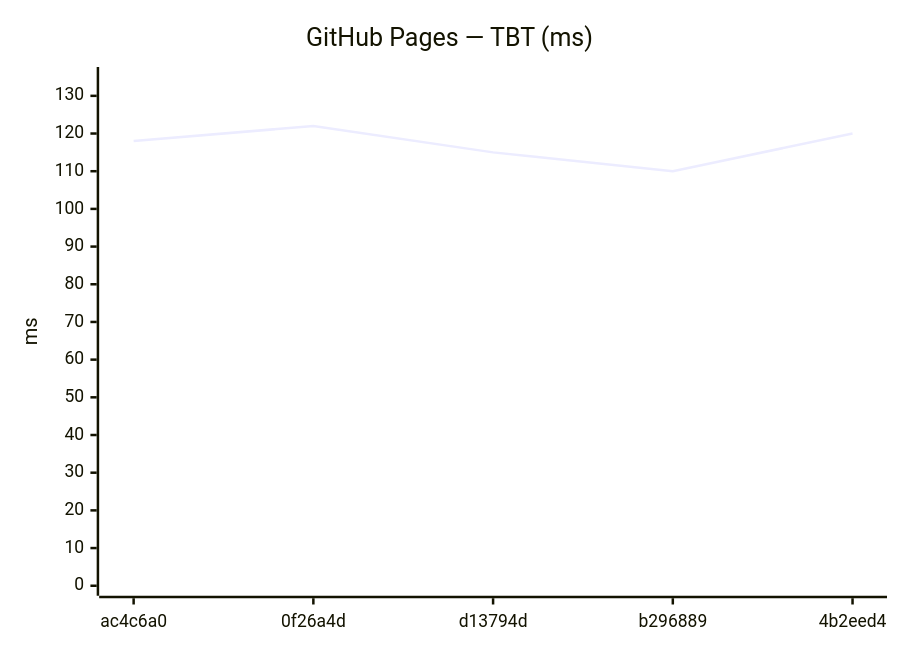
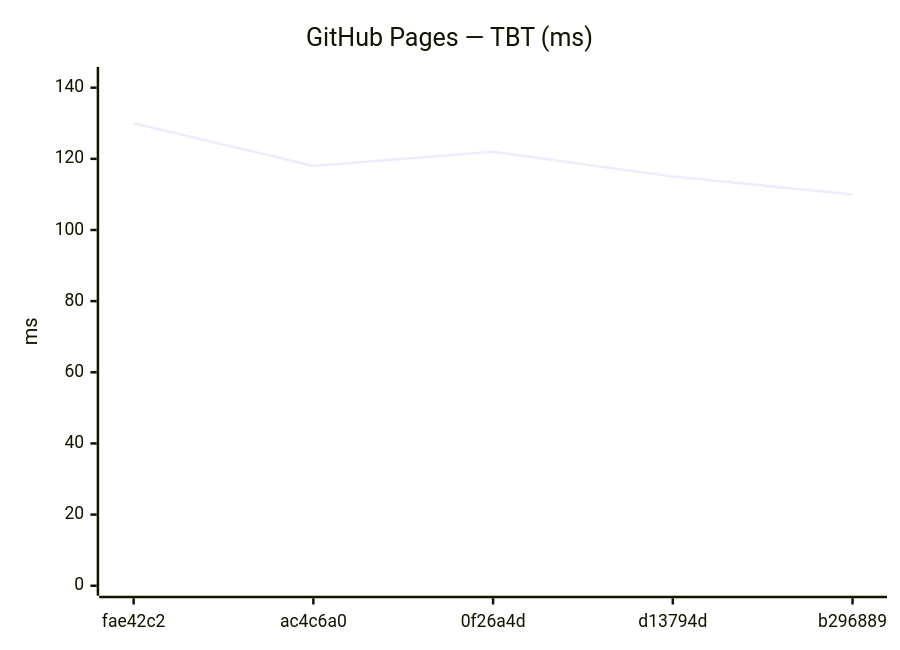
Before and after one commit to Metaheurist/Rianell: the tenth of 18 diagrams in benchmarks/compare.md, drawn with Mermaid. The commit also changed other lines of this file and 11 other files, not shown here.

````diff
--- a/benchmarks/compare.md
+++ b/benchmarks/compare.md
@@ -149,7 +149,7 @@
 ```mermaid
 xychart-beta
     title "GitHub Pages — TBT (ms)"
-    x-axis ["ac4c6a0", "0f26a4d", "d13794d", "b296889", "4b2eed4"]
-    y-axis "ms" 0 --> 135
-    line [118, 122, 115, 110, 120]
+    x-axis ["fae42c2", "ac4c6a0", "0f26a4d", "d13794d", "b296889"]
+    y-axis "ms" 0 --> 143
+    line [130, 118, 122, 115, 110]
 ```
````
